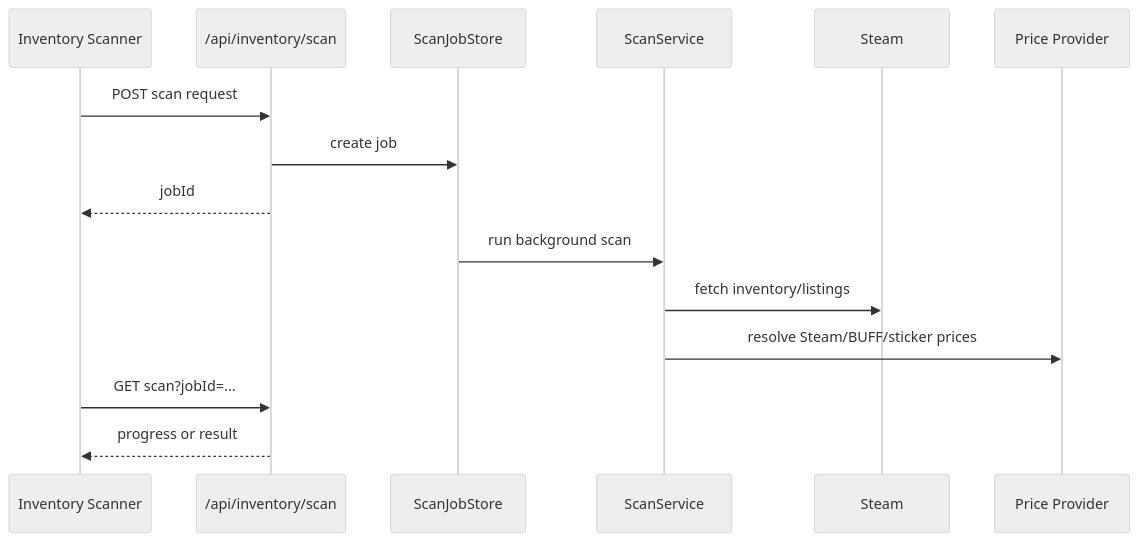
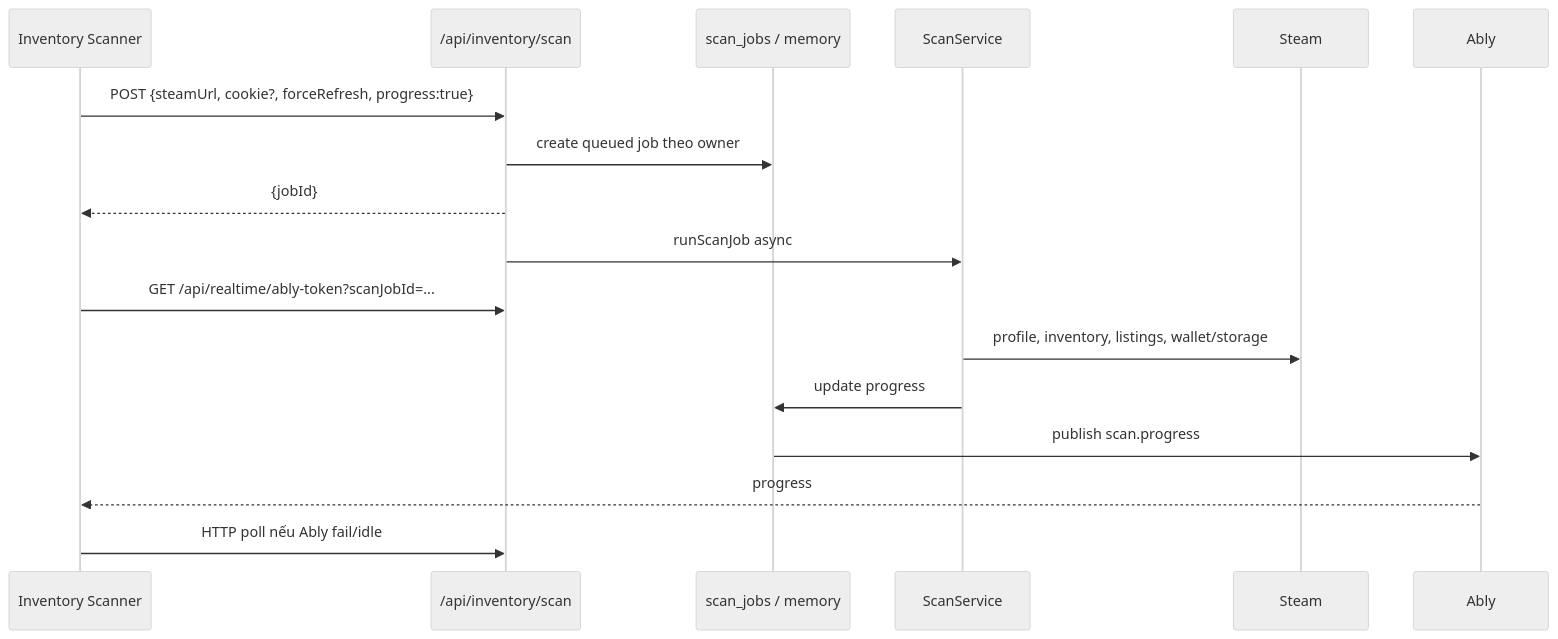
The third of 3 diagrams in docs/ARCHITECTURE.md (fumodayo/cs2-tracking), drawn with Mermaid (neutral theme) before and after one commit. The commit also changed other lines of this file and 3 other files, not shown here.

First line of the commit message:
docs: revise project documentation to reflect current architecture

````diff
--- a/docs/ARCHITECTURE.md
+++ b/docs/ARCHITECTURE.md
@@ -249,18 +244,20 @@
 ```mermaid
 sequenceDiagram
     participant UI as Inventory Scanner
     participant API as /api/inventory/scan
-    participant Jobs as ScanJobStore
+    participant Job as scan_jobs / memory
     participant Scan as ScanService
     participant Steam as Steam
-    participant Price as Price Provider
+    participant RT as Ably
 
-    UI->>API: POST scan request
-    API->>Jobs: create job
-    API-->>UI: jobId
-    Jobs->>Scan: run background scan
-    Scan->>Steam: fetch inventory/listings
-    Scan->>Price: resolve Steam/BUFF/sticker prices
-    UI->>API: GET scan?jobId=...
-    API-->>UI: progress or result
+    UI->>API: POST {steamUrl, cookie?, forceRefresh, progress:true}
+    API->>Job: create queued job theo owner
+    API-->>UI: {jobId}
+    API->>Scan: runScanJob async
+    UI->>API: GET /api/realtime/ably-token?scanJobId=...
+    Scan->>Steam: profile, inventory, listings, wallet/storage
+    Scan->>Job: update progress
+    Job->>RT: publish scan.progress
+    RT-->>UI: progress
+    UI->>API: HTTP poll nếu Ably fail/idle
 ```
````
